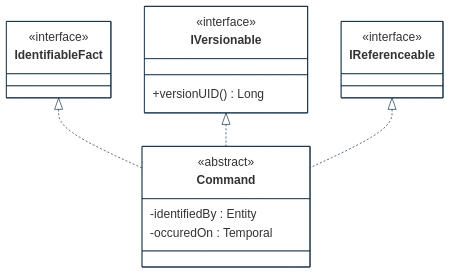
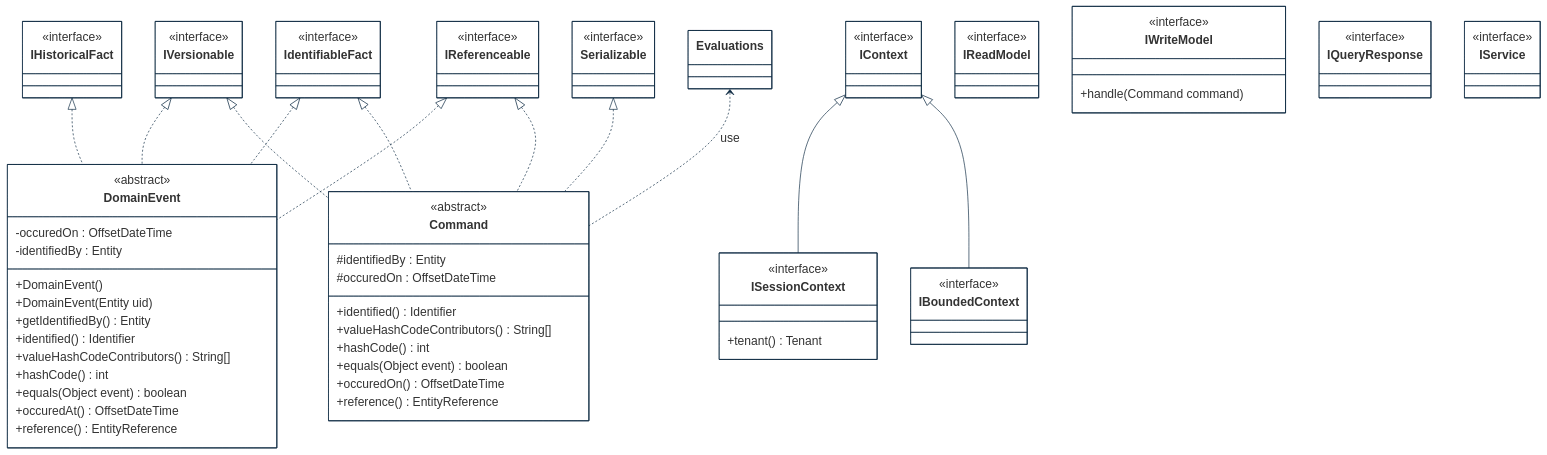
One commit to cybnity/foundation changed the first of 3 diagrams in implementations-line/framework/domain/designview-structure-models.md. Above: the diagram before and after it, drawn with Mermaid. The commit also changed other lines of this file and 1 other file, not shown here.

````diff
--- a/implementations-line/framework/domain/designview-structure-models.md
+++ b/implementations-line/framework/domain/designview-structure-models.md
@@ -60,24 +61,80 @@
   }
 }%%
 classDiagram
+    IHistoricalFact <|.. DomainEvent
+    IVersionable <|.. DomainEvent
+    IReferenceable <|.. DomainEvent
+    IdentifiableFact <|.. DomainEvent
     IdentifiableFact <|.. Command
     IVersionable <|.. Command
+    Serializable <|.. Command
     IReferenceable <|.. Command
+    Evaluations <.. Command : use
+    IContext <|-- ISessionContext
+    IContext <|-- IBoundedContext
 
-    class IVersionable {
-        <<interface>>
-        +versionUID() Long
+    class DomainEvent {
+        <<abstract>>
+        -occuredOn : OffsetDateTime
+        -identifiedBy : Entity
+        +DomainEvent()
+        +DomainEvent(Entity uid)
+        +getIdentifiedBy() Entity
+        +identified() Identifier
+        +valueHashCodeContributors() String[]
+        +hashCode() int
+        +equals(Object event) boolean
+        +occuredAt() OffsetDateTime
+        +reference() EntityReference
     }
-    class IReferenceable {
+    class IHistoricalFact {
         <<interface>>
     }
     class IdentifiableFact {
         <<interface>>
     }
+    class IVersionable {
+        <<interface>>
+    }
+    class IContext {
+        <<interface>>
+    }
+    class IBoundedContext {
+        <<interface>>
+    }
+    class Serializable {
+        <<interface>>
+    }
+    class IReferenceable {
+        <<interface>>
+    }
+    class ISessionContext {
+        <<interface>>
+        +tenant() Tenant
+    }
     class Command {
         <<abstract>>
-        -identifiedBy : Entity
-        -occuredOn : Temporal
+        #identifiedBy : Entity
+        #occuredOn : OffsetDateTime
+        +identified() Identifier
+        +valueHashCodeContributors() String[]
+        +hashCode() int
+        +equals(Object event) boolean
+        +occuredOn() OffsetDateTime
+        +reference() EntityReference
+    }
+    class IReadModel {
+        <<interface>>
+    }
+    class IWriteModel {
+        <<interface>>
+        +handle(Command command)
+    }
+    class IQueryResponse {
+        <<interface>>
+    }
+    class IService {
+        <<interface>>
     }
 
 ```
````
